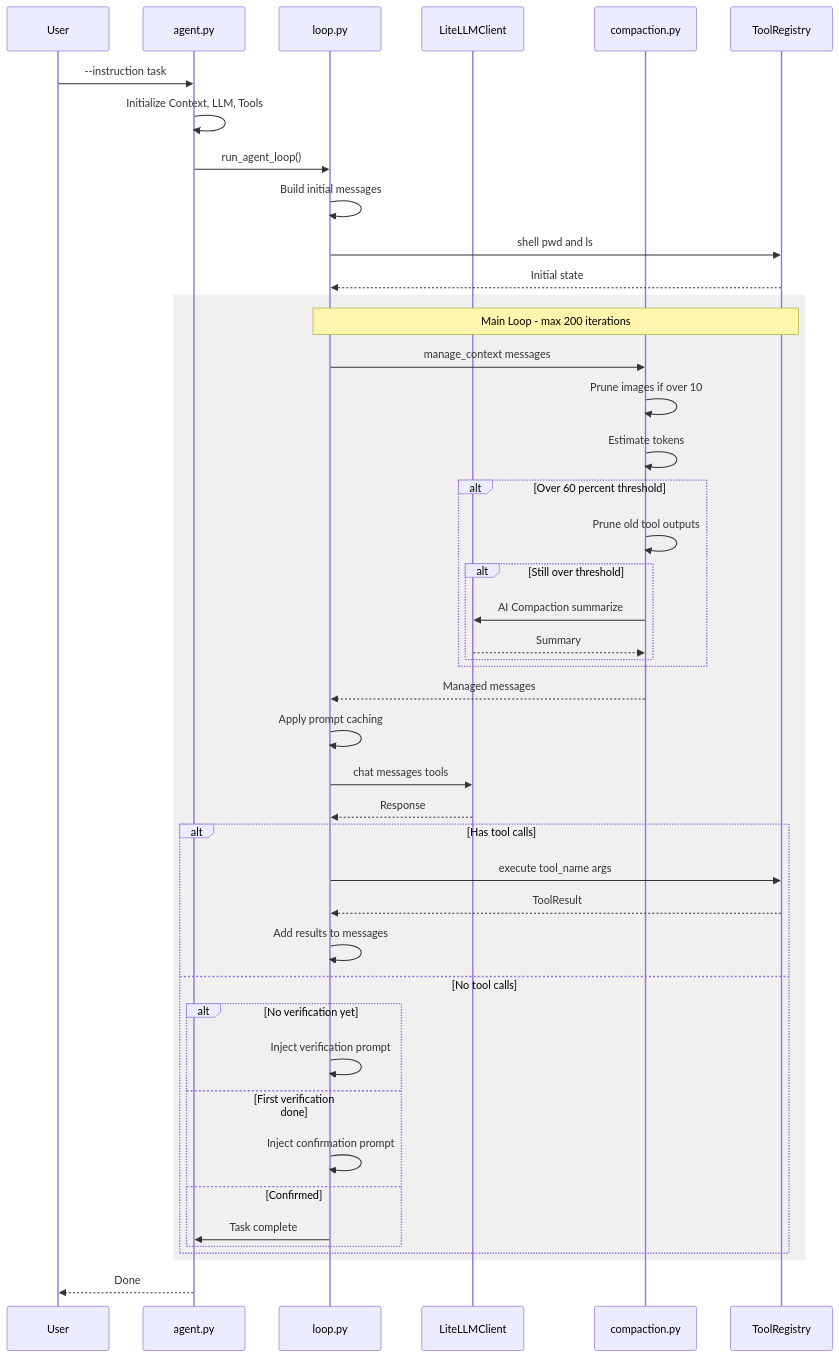
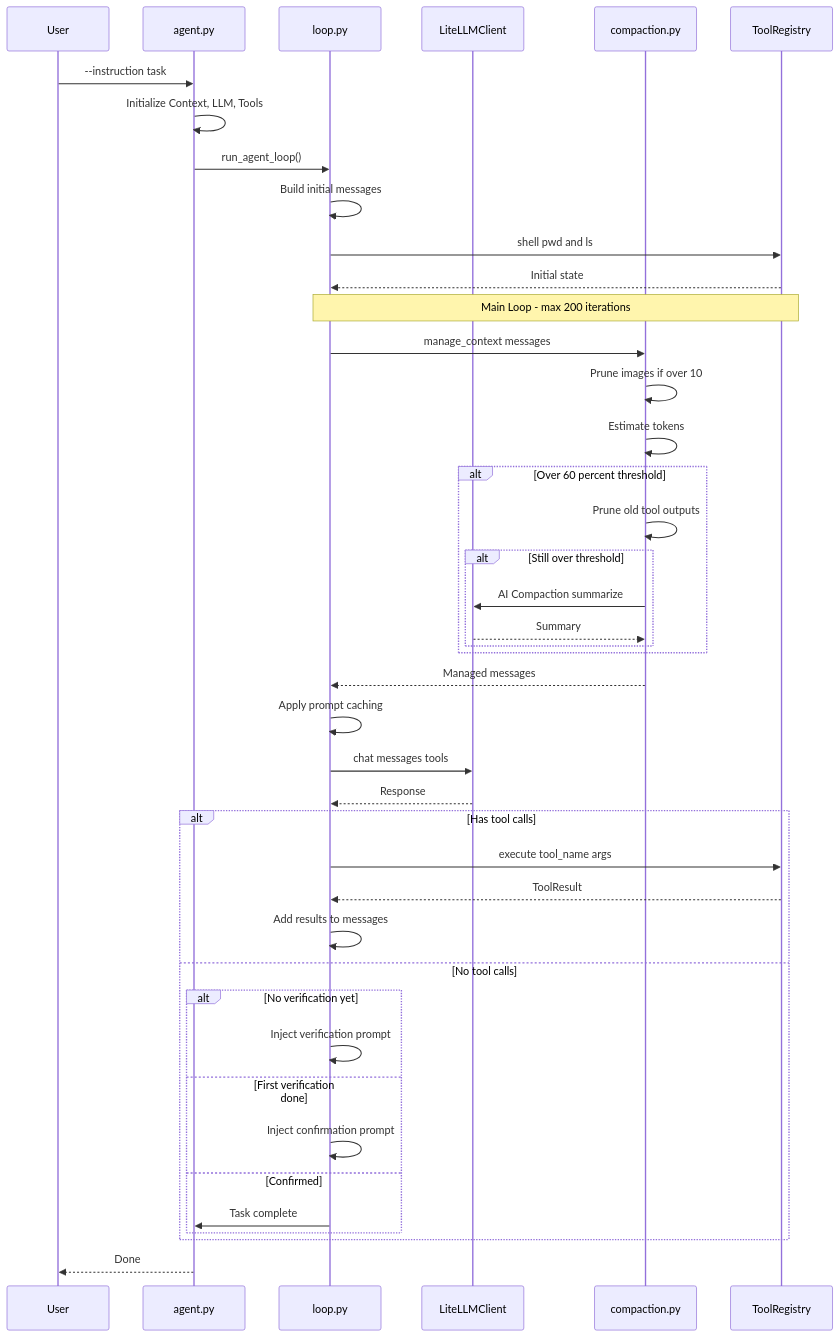
One commit to PlatformNetwork/top-agent changed the fifth of 9 diagrams in README.md. Above: the diagram before and after it, drawn with Mermaid.

Commit message:
fix: remove rect background from sequence diagram

````diff
--- a/README.md
+++ b/README.md
@@ -84,52 +84,50 @@
 ```mermaid
 sequenceDiagram
     participant User
     participant Agent as agent.py
     participant Core as loop.py
     participant LLM as LiteLLMClient
     participant Context as compaction.py
     participant Tools as ToolRegistry
 
     User->>Agent: --instruction task
     Agent->>Agent: Initialize Context, LLM, Tools
     Agent->>Core: run_agent_loop()
     
     Core->>Core: Build initial messages
     Core->>Tools: shell pwd and ls
     Tools-->>Core: Initial state
     
-    rect rgb(240, 240, 240)
-        Note over Core,Tools: Main Loop - max 200 iterations
-        Core->>Context: manage_context messages
-        Context->>Context: Prune images if over 10
-        Context->>Context: Estimate tokens
-        alt Over 60 percent threshold
-            Context->>Context: Prune old tool outputs
-            alt Still over threshold
-                Context->>LLM: AI Compaction summarize
-                LLM-->>Context: Summary
-            end
+    Note over Core,Tools: Main Loop - max 200 iterations
+    Core->>Context: manage_context messages
+    Context->>Context: Prune images if over 10
+    Context->>Context: Estimate tokens
+    alt Over 60 percent threshold
+        Context->>Context: Prune old tool outputs
+        alt Still over threshold
+            Context->>LLM: AI Compaction summarize
+            LLM-->>Context: Summary
         end
-        Context-->>Core: Managed messages
-        
-        Core->>Core: Apply prompt caching
-        Core->>LLM: chat messages tools
-        LLM-->>Core: Response
-        
-        alt Has tool calls
-            Core->>Tools: execute tool_name args
-            Tools-->>Core: ToolResult
-            Core->>Core: Add results to messages
-        else No tool calls
-            alt No verification yet
-                Core->>Core: Inject verification prompt
-            else First verification done
-                Core->>Core: Inject confirmation prompt
-            else Confirmed
-                Core->>Agent: Task complete
-            end
+    end
+    Context-->>Core: Managed messages
+    
+    Core->>Core: Apply prompt caching
+    Core->>LLM: chat messages tools
+    LLM-->>Core: Response
+    
+    alt Has tool calls
+        Core->>Tools: execute tool_name args
+        Tools-->>Core: ToolResult
+        Core->>Core: Add results to messages
+    else No tool calls
+        alt No verification yet
+            Core->>Core: Inject verification prompt
+        else First verification done
+            Core->>Core: Inject confirmation prompt
+        else Confirmed
+            Core->>Agent: Task complete
         end
     end
     
     Agent-->>User: Done
 ```
````
